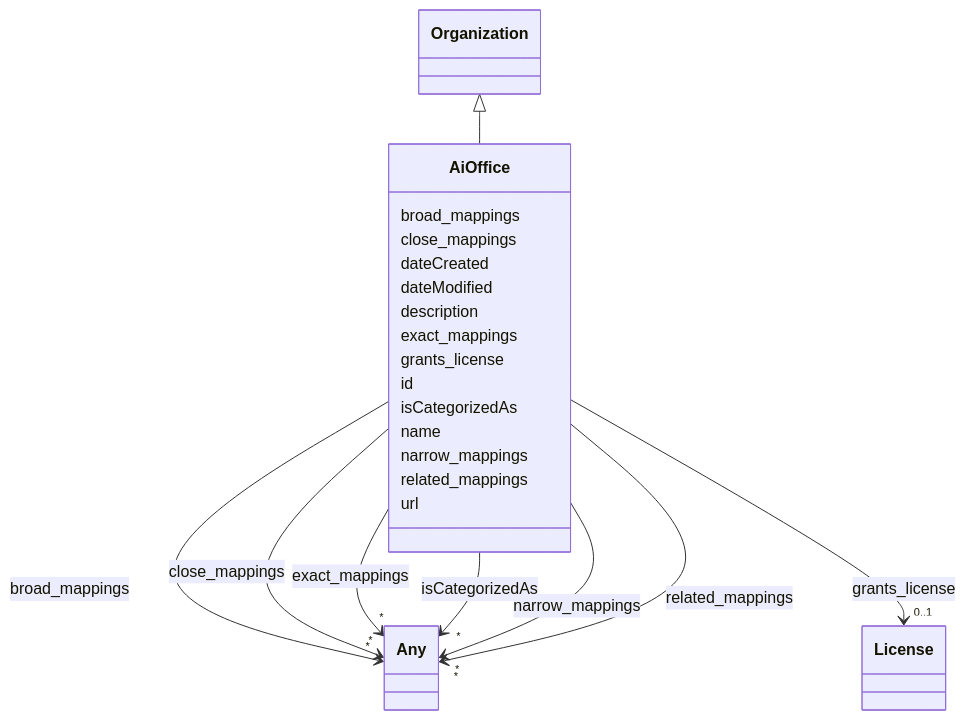
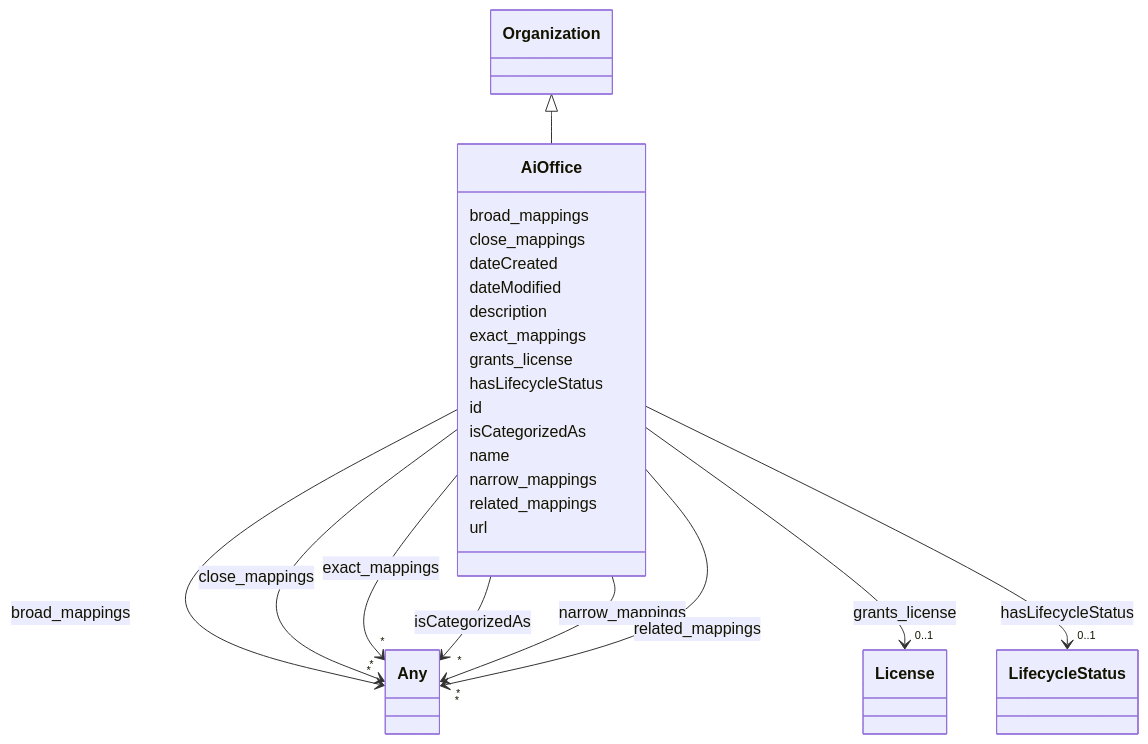
One commit to ingelise/risk-atlas-nexus changed the diagram in docs/ontology/AiOffice.md. Above: the diagram before and after it, drawn with Mermaid. The commit also changed other lines of this file and 206 other files, not shown here.

```diff
--- a/docs/ontology/AiOffice.md
+++ b/docs/ontology/AiOffice.md
@@ -68,6 +68,17 @@
 
 
 
+      AiOffice : hasLifecycleStatus
+
+
+
+
+
+        AiOffice --> "0..1" LifecycleStatus : hasLifecycleStatus
+        click LifecycleStatus href "../LifecycleStatus/"
+
+
+
       AiOffice : id
 
       AiOffice : isCategorizedAs
```
